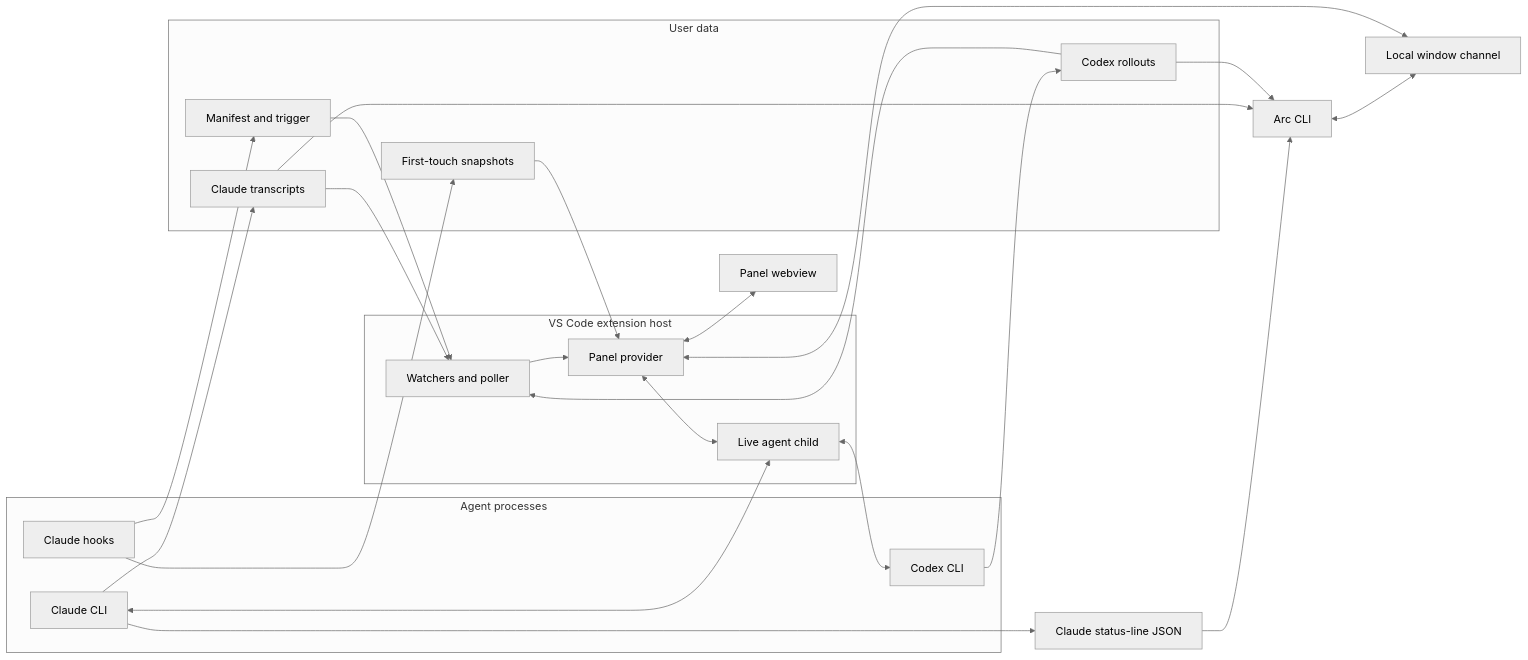
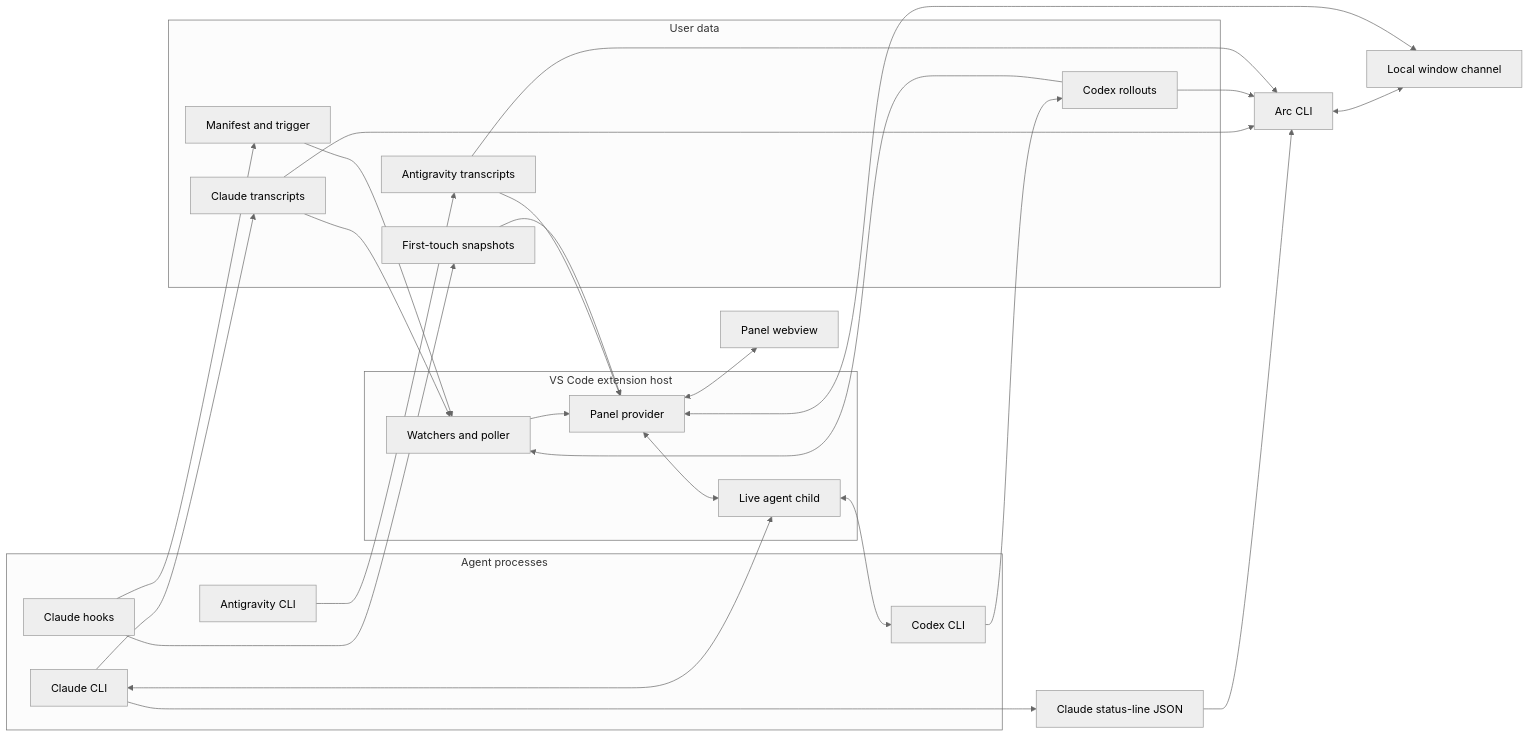
One commit to glin/arc changed the diagram in docs/architecture.md. Above: the diagram before and after it, drawn with Mermaid (neutral theme). The commit also changed other lines of this file and 59 other files, not shown here.

First line of the commit message:
feat(agy): read saved Antigravity sessions

````diff
--- a/docs/architecture.md
+++ b/docs/architecture.md
@@ -51,45 +51,50 @@
 ```mermaid
 flowchart LR
   subgraph agents[Agent processes]
     claude[Claude CLI]
     codex[Codex CLI]
+    agy[Antigravity CLI]
     hooks[Claude hooks]
   end
 
   subgraph records[User data]
     transcripts[Claude transcripts]
     rollouts[Codex rollouts]
+    agyRecords[Antigravity transcripts]
     snapshots[First-touch snapshots]
     trigger[Manifest and trigger]
   end
 
   subgraph host[VS Code extension host]
     watcher[Watchers and poller]
     panelhost[Panel provider]
     child[Live agent child]
   end
 
   panel[Panel webview]
   status[Claude status-line JSON]
   cli[Arc CLI]
 
   claude --> transcripts
   codex --> rollouts
+  agy --> agyRecords
   hooks --> snapshots
   hooks --> trigger
   transcripts --> watcher
   rollouts --> watcher
+  agyRecords --> panelhost
   trigger --> watcher
   watcher --> panelhost
   snapshots --> panelhost
   panelhost <--> panel
   panelhost <--> child
   child <--> claude
   child <--> codex
   claude --> status
   status --> cli
   transcripts --> cli
   rollouts --> cli
+  agyRecords --> cli
   cli <--> channel[Local window channel]
   channel <--> panelhost
 ```
````
